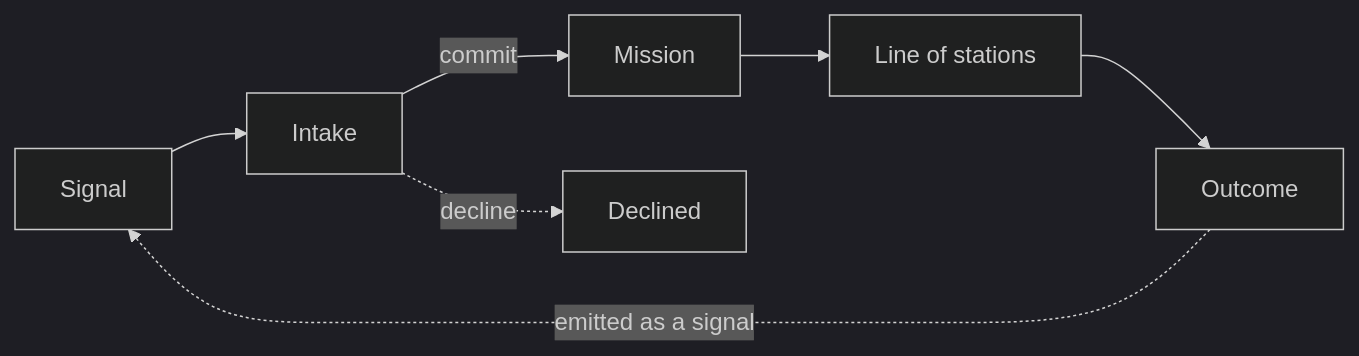
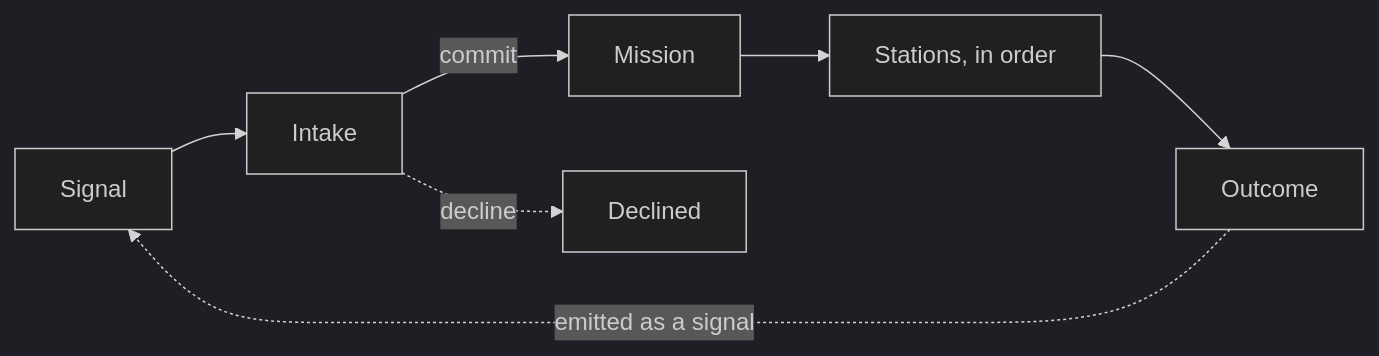
Before and after one commit to hnrly/pydantic-ai-factory: the first of 2 diagrams in docs/concepts.md, drawn with Mermaid (dark theme). The commit also changed other lines of this file and 1 other file, not shown here.

Commit message:
Merge the branch below and describe the factory without a separate line

````diff
--- a/docs/concepts.md
+++ b/docs/concepts.md
@@ -16,9 +16,9 @@
 ```mermaid
 flowchart LR
     S["Signal"] --> I["Intake"]
     I -->|"commit"| M["Mission"]
     I -.->|"decline"| X["Declined"]
-    M --> L["Line of stations"]
+    M --> L["Stations, in order"]
     L --> O["Outcome"]
     O -.->|"emitted as a signal"| S
 ```
````
